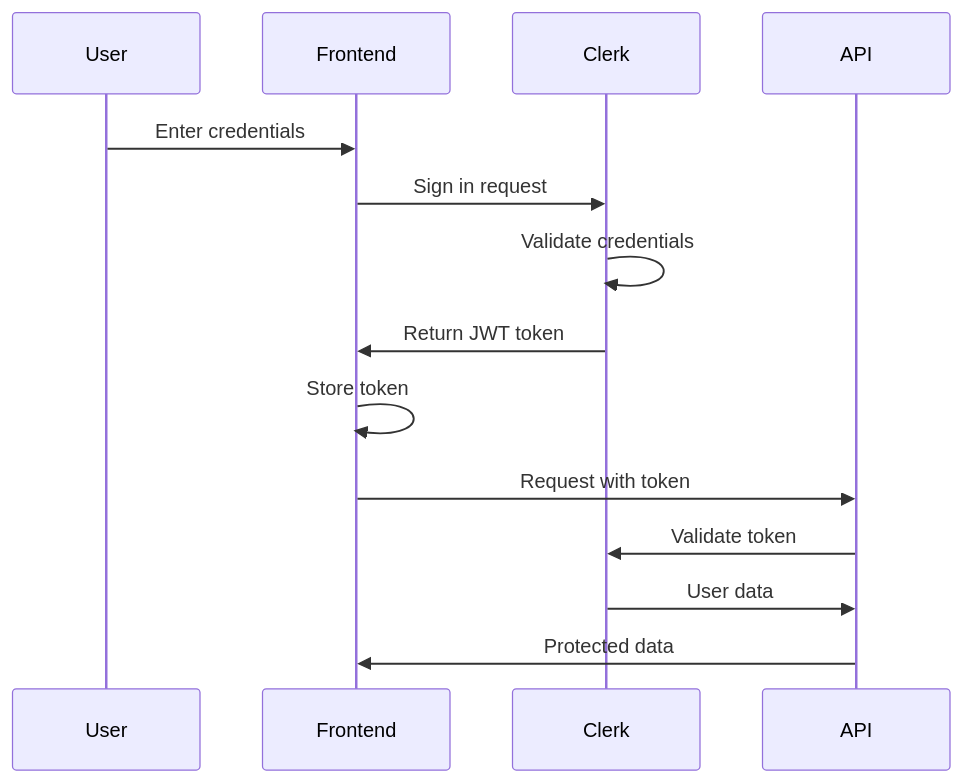
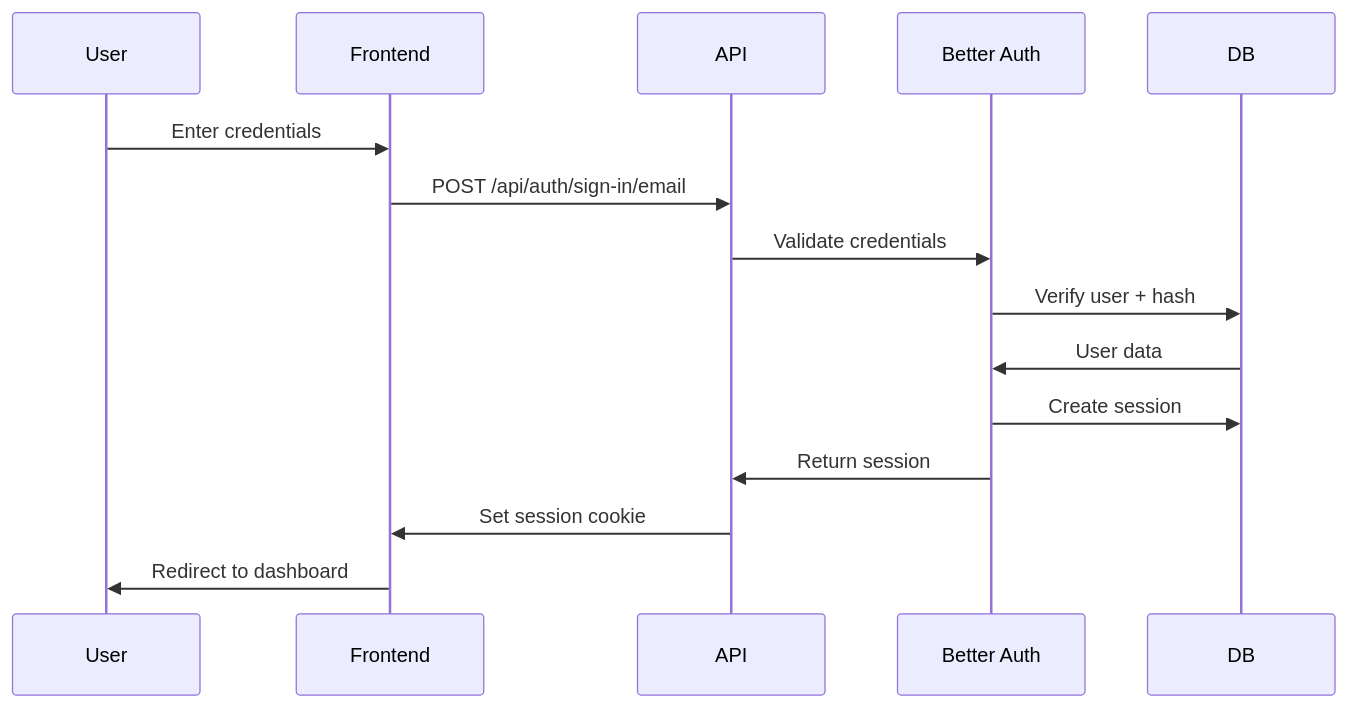
The fourth of 5 diagrams in docs/security/authentication.md (qazuor/hospeda), drawn with Mermaid before and after one commit. The commit also changed other lines of this file and 57 other files, not shown here.

````diff
--- a/docs/security/authentication.md
+++ b/docs/security/authentication.md
@@ -512,17 +487,18 @@
 ```mermaid
 sequenceDiagram
     participant User
     participant Frontend
-    participant Clerk
     participant API
+    participant BetterAuth as Better Auth
+    participant DB
 
     User->>Frontend: Enter credentials
-    Frontend->>Clerk: Sign in request
-    Clerk->>Clerk: Validate credentials
-    Clerk->>Frontend: Return JWT token
-    Frontend->>Frontend: Store token
-    Frontend->>API: Request with token
-    API->>Clerk: Validate token
-    Clerk->>API: User data
-    API->>Frontend: Protected data
+    Frontend->>API: POST /api/auth/sign-in/email
+    API->>BetterAuth: Validate credentials
+    BetterAuth->>DB: Verify user + hash
+    DB->>BetterAuth: User data
+    BetterAuth->>DB: Create session
+    BetterAuth->>API: Return session
+    API->>Frontend: Set session cookie
+    Frontend->>User: Redirect to dashboard
 ```
````
